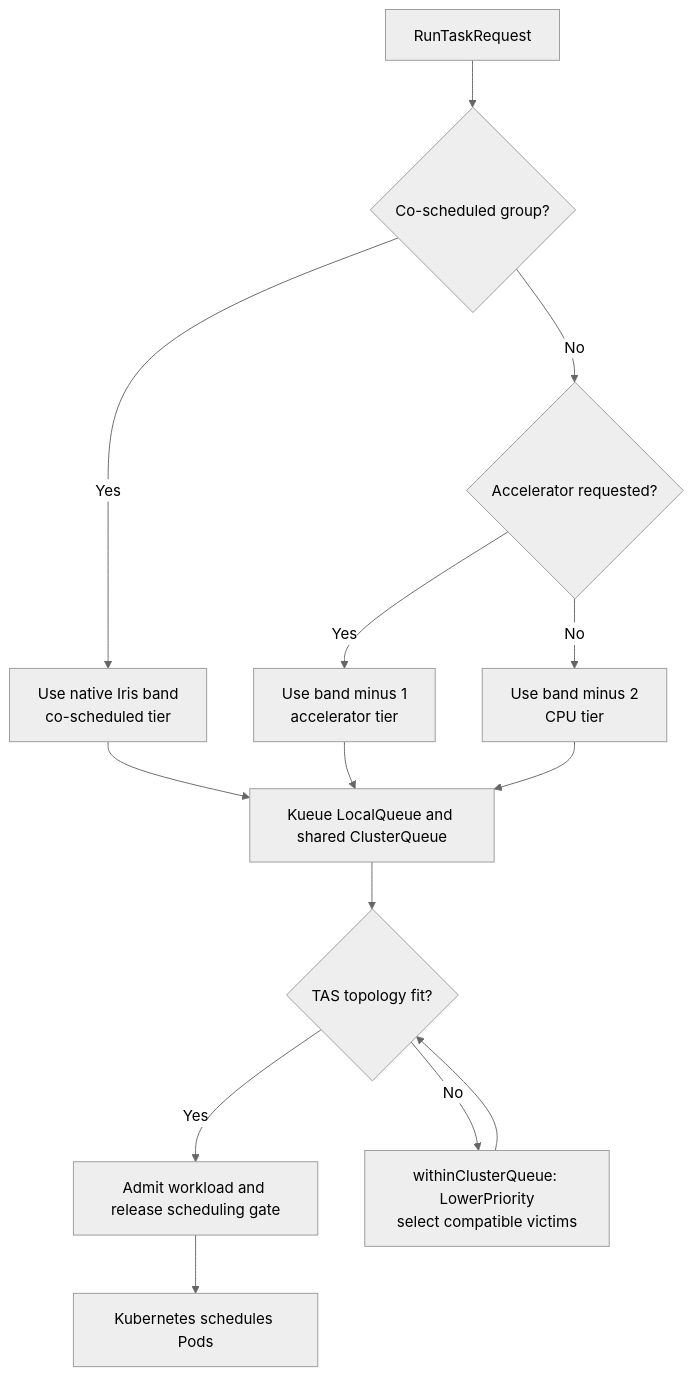
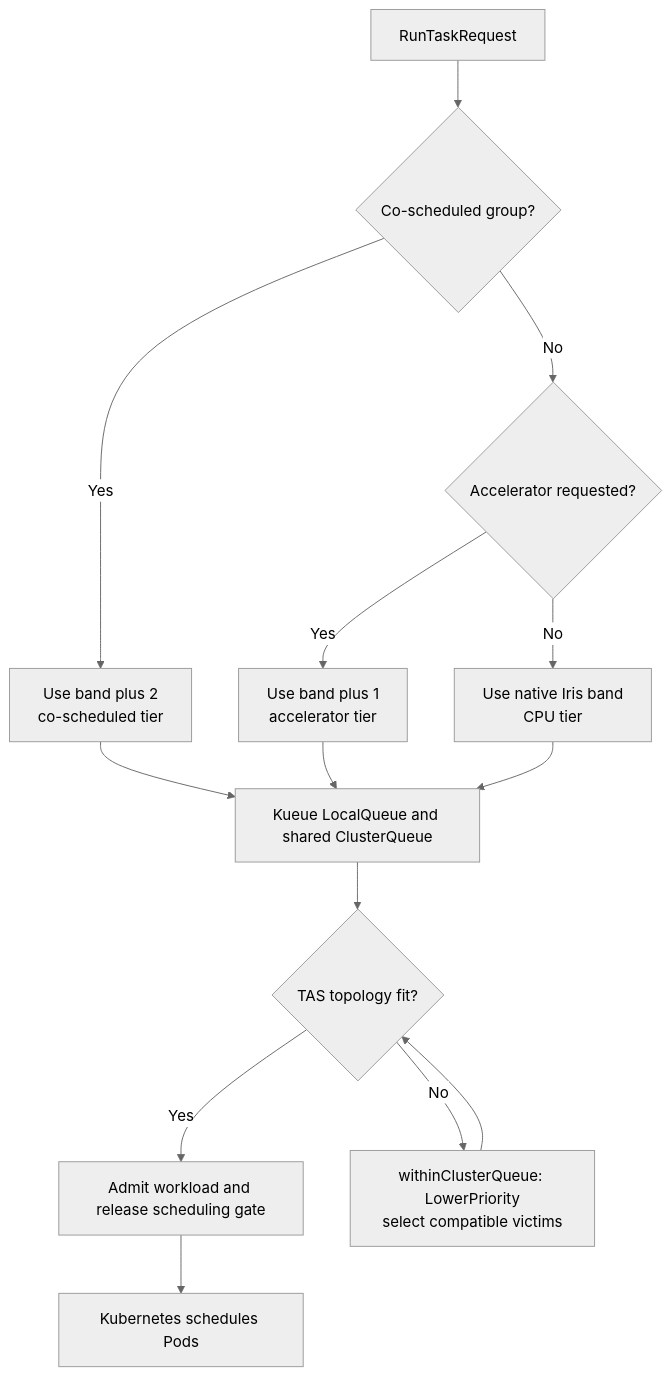
Before and after one commit to marin-community/marin: the diagram in lib/iris/docs/coreweave.md, drawn with Mermaid (neutral theme). The commit also changed other lines of this file and 4 other files, not shown here.

````diff
--- a/lib/iris/docs/coreweave.md
+++ b/lib/iris/docs/coreweave.md
@@ -184,16 +188,16 @@
 ```mermaid
 flowchart TD
     request[RunTaskRequest] --> gang{Co-scheduled group?}
-    gang -- Yes --> native[Use native Iris band<br/>co-scheduled tier]
+    gang -- Yes --> native[Use band plus 2<br/>co-scheduled tier]
     gang -- No --> accelerator{Accelerator requested?}
-    accelerator -- Yes --> gpu[Use band minus 1<br/>accelerator tier]
-    accelerator -- No --> cpu[Use band minus 2<br/>CPU tier]
+    accelerator -- Yes --> gpu[Use band plus 1<br/>accelerator tier]
+    accelerator -- No --> cpu[Use native Iris band<br/>CPU tier]
     native --> queue[Kueue LocalQueue and shared ClusterQueue]
     gpu --> queue
     cpu --> queue
     queue --> fit{TAS topology fit?}
     fit -- Yes --> admit[Admit workload and release scheduling gate]
     fit -- No --> preempt[withinClusterQueue: LowerPriority<br/>select compatible victims]
     preempt --> fit
     admit --> schedule[Kubernetes schedules Pods]
 ```
````
